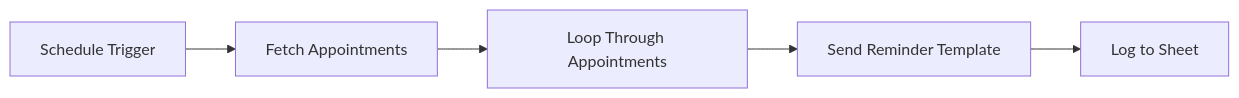
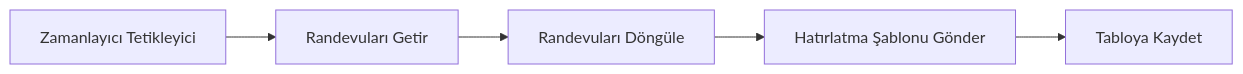
Before and after one commit to whattalkai/docs_whattalk: the third of 3 diagrams in tr/whatsapp/automation.mdx, drawn with Mermaid. The commit also changed other lines of this file and 1 other file, not shown here.

````diff
--- a/tr/whatsapp/automation.mdx
+++ b/tr/whatsapp/automation.mdx
@@ -176,7 +176,7 @@
 ```mermaid
 flowchart LR
-    A[Schedule Trigger] --> B[Fetch Appointments]
-    B --> C[Loop Through Appointments]
-    C --> D[Send Reminder Template]
-    D --> E[Log to Sheet]
+    A[Zamanlayıcı Tetikleyici] --> B[Randevuları Getir]
+    B --> C[Randevuları Döngüle]
+    C --> D[Hatırlatma Şablonu Gönder]
+    D --> E[Tabloya Kaydet]
 ```
````
